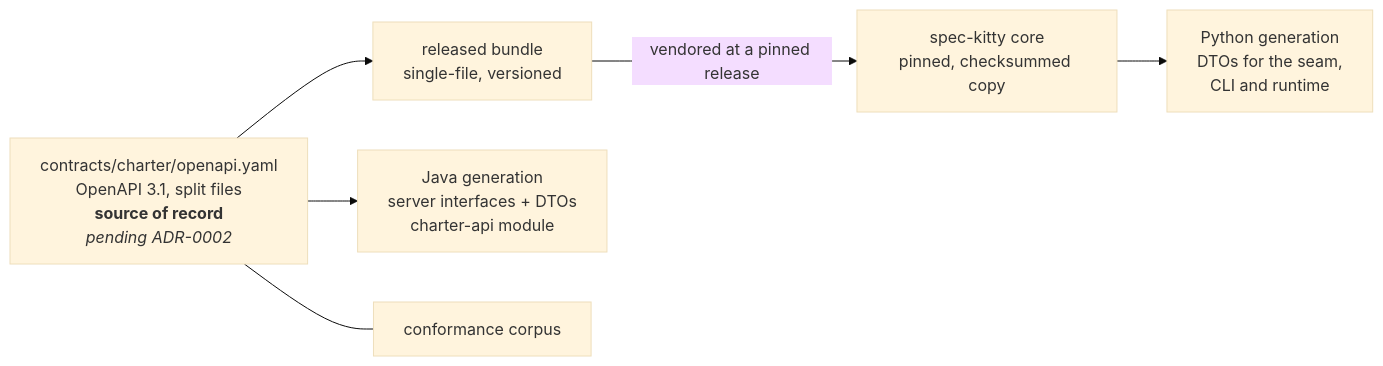
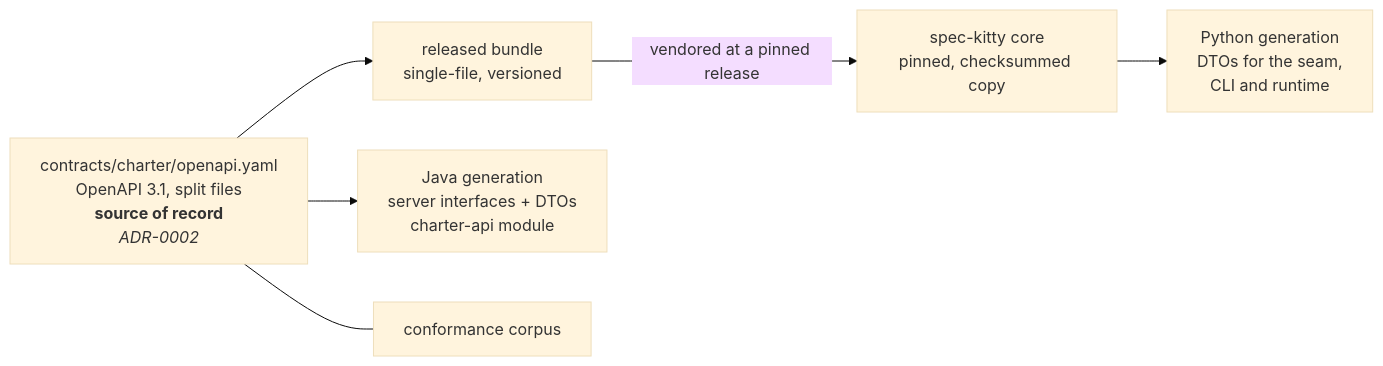
One commit to spec-kitty/spec-kitty-charter changed the diagram in docs/architecture/contract-and-dtos.md. Above: the diagram before and after it, drawn with Mermaid (base theme). The commit also changed other lines of this file and 133 other files, not shown here.

````diff
--- a/docs/architecture/contract-and-dtos.md
+++ b/docs/architecture/contract-and-dtos.md
@@ -31,15 +31,15 @@
 ```mermaid
 flowchart LR
-  spec["contracts/charter/openapi.yaml<br/>OpenAPI 3.1, split files<br/><b>source of record</b><br/><i>pending ADR-0002</i>"]
+  spec["contracts/charter/openapi.yaml<br/>OpenAPI 3.1, split files<br/><b>source of record</b><br/><i>ADR-0002</i>"]
   bundle["released bundle<br/>single-file, versioned"]
   javagen["Java generation<br/>server interfaces + DTOs<br/>charter-api module"]
   core["spec-kitty core<br/>pinned, checksummed copy"]
   pygen["Python generation<br/>DTOs for the seam,<br/>CLI and runtime"]
   fixtures["conformance corpus"]
 
   spec --> bundle
   spec --> javagen
   bundle -->|vendored at a pinned release| core
   core --> pygen
   spec --- fixtures
 ```
````
